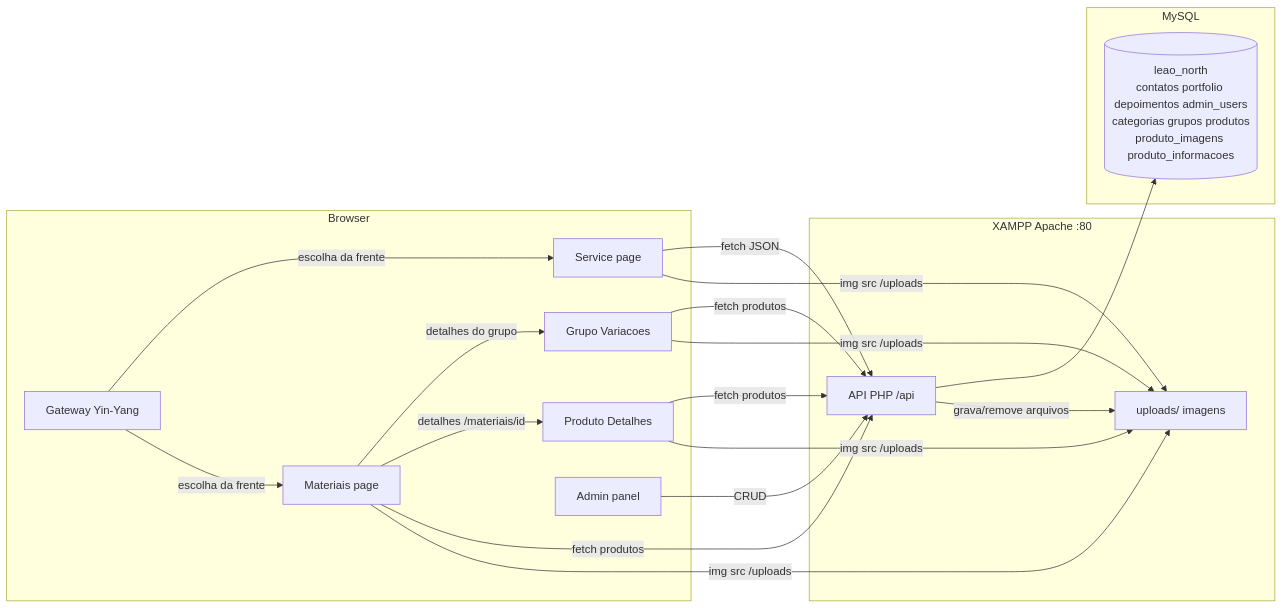
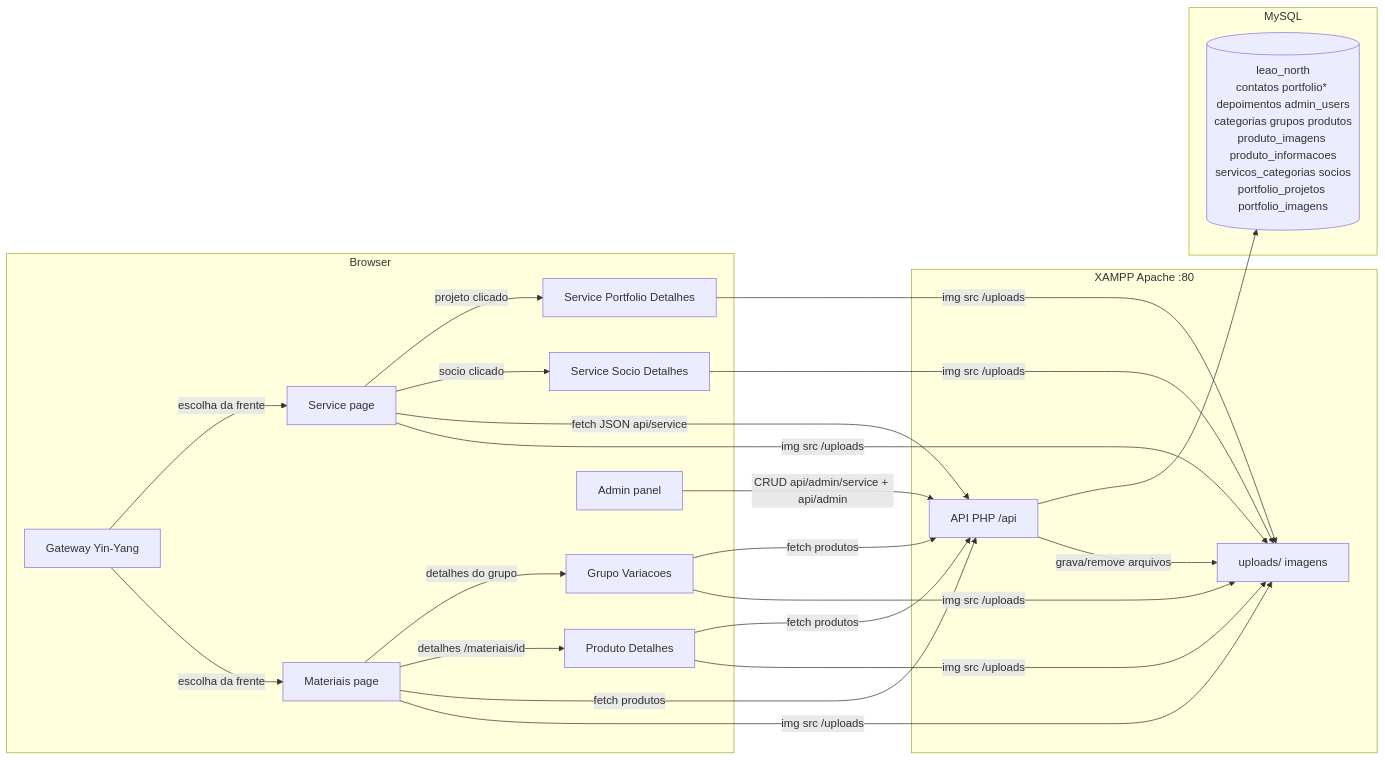
Before and after one commit to estagio-leao/site-leao: the diagram in CONTEXT.md, drawn with Mermaid. The commit also changed other lines of this file, not shown here.

````diff
--- a/CONTEXT.md
+++ b/CONTEXT.md
@@ -74,36 +96,42 @@
 ```mermaid
 flowchart LR
     subgraph Browser
         A[Gateway Yin-Yang]
         B[Service page]
         C[Materiais page]
         D[Grupo Variacoes]
         E[Produto Detalhes]
+        H2[Service Portfolio Detalhes]
+        H3[Service Socio Detalhes]
         F[Admin panel]
     end
 
     subgraph XAMPP Apache :80
         G[API PHP /api]
         H[uploads/ imagens]
     end
 
     subgraph MySQL
-        I[(leao_north<br/>contatos portfolio depoimentos admin_users<br/>categorias grupos produtos<br/>produto_imagens produto_informacoes)]
+        I[(leao_north<br/>contatos portfolio* depoimentos admin_users<br/>categorias grupos produtos<br/>produto_imagens produto_informacoes<br/>servicos_categorias socios<br/>portfolio_projetos portfolio_imagens)]
     end
 
     A -->|escolha da frente| B
     A -->|escolha da frente| C
     C -->|detalhes do grupo| D
     C -->|detalhes /materiais/id| E
-    B -->|fetch JSON| G
+    B -->|projeto clicado| H2
+    B -->|socio clicado| H3
+    B -->|fetch JSON api/service| G
     C -->|fetch produtos| G
     D -->|fetch produtos| G
     E -->|fetch produtos| G
-    F -->|CRUD| G
+    F -->|CRUD api/admin/service + api/admin| G
     G --> I
     G -->|grava/remove arquivos| H
     B -->|img src /uploads| H
     C -->|img src /uploads| H
     D -->|img src /uploads| H
     E -->|img src /uploads| H
+    H2 -->|img src /uploads| H
+    H3 -->|img src /uploads| H
 ```
````
